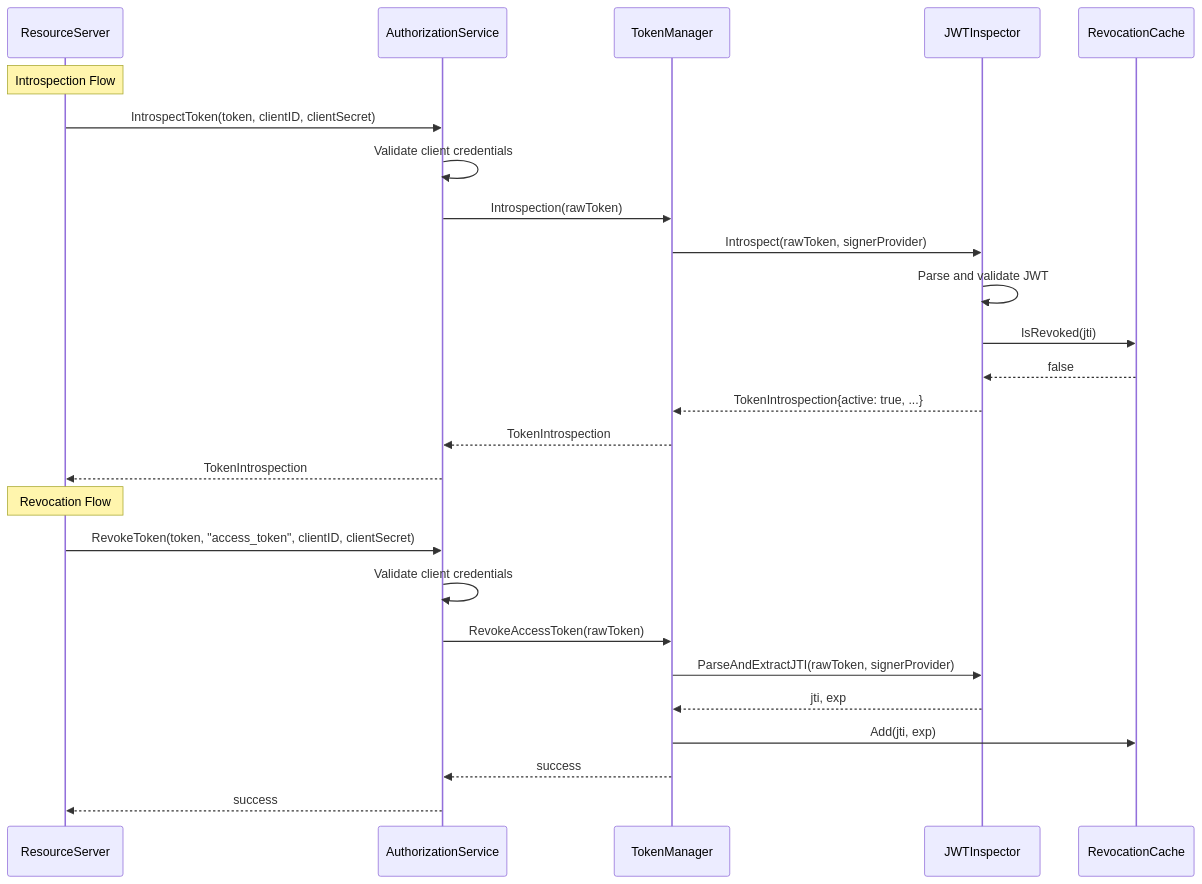
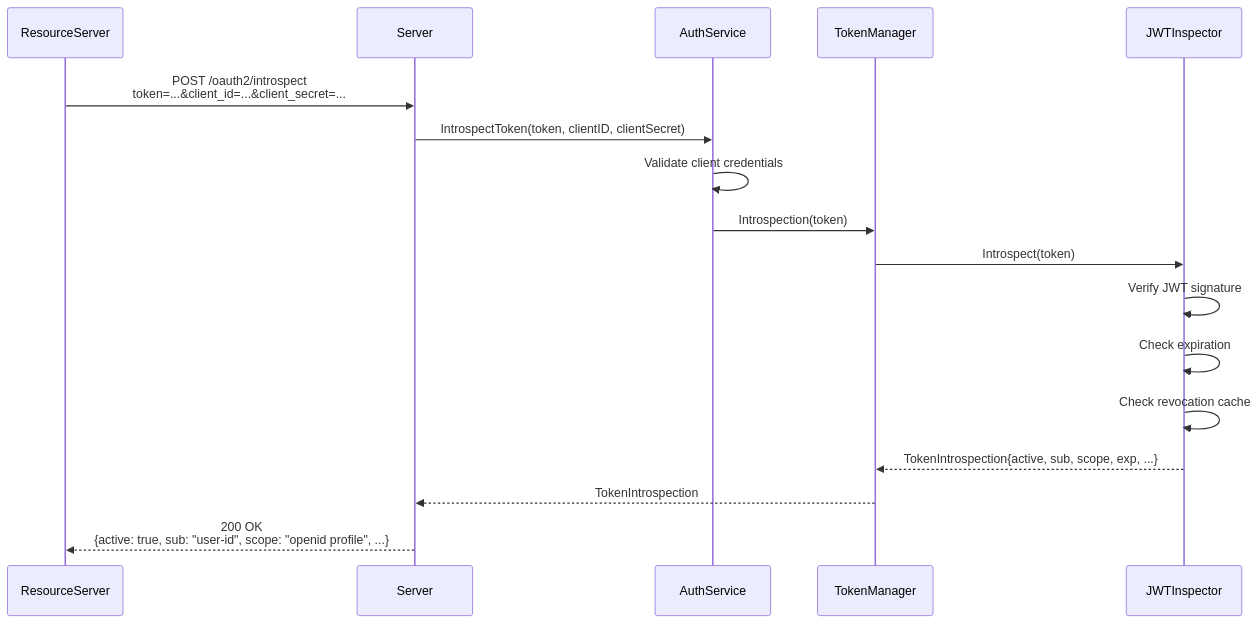
Before and after one commit to jrsteele09/go-oauth-service: the fifth of 5 diagrams in README.md, drawn with Mermaid. The commit also changed other lines of this file and 17 other files, not shown here.

````diff
--- a/README.md
+++ b/README.md
@@ -148,30 +155,20 @@
 ```mermaid
 sequenceDiagram
     participant ResourceServer
-    participant AuthService as AuthorizationService
-    participant TokenMgr as TokenManager
-    participant Inspector as JWTInspector
-    participant RevocationCache
-
-    Note over ResourceServer: Introspection Flow
-    ResourceServer->>AuthService: IntrospectToken(token, clientID, clientSecret)
+    participant Server
+    participant AuthService
+    participant TokenManager
+    participant JWTInspector
+    
+    ResourceServer->>Server: POST /oauth2/introspect<br/>token=...&client_id=...&client_secret=...
+    Server->>AuthService: IntrospectToken(token, clientID, clientSecret)
     AuthService->>AuthService: Validate client credentials
-    AuthService->>TokenMgr: Introspection(rawToken)
-    TokenMgr->>Inspector: Introspect(rawToken, signerProvider)
-    Inspector->>Inspector: Parse and validate JWT
-    Inspector->>RevocationCache: IsRevoked(jti)
-    RevocationCache-->>Inspector: false
-    Inspector-->>TokenMgr: TokenIntrospection{active: true, ...}
-    TokenMgr-->>AuthService: TokenIntrospection
-    AuthService-->>ResourceServer: TokenIntrospection
-
-    Note over ResourceServer: Revocation Flow
-    ResourceServer->>AuthService: RevokeToken(token, "access_token", clientID, clientSecret)
-    AuthService->>AuthService: Validate client credentials
-    AuthService->>TokenMgr: RevokeAccessToken(rawToken)
-    TokenMgr->>Inspector: ParseAndExtractJTI(rawToken, signerProvider)
-    Inspector-->>TokenMgr: jti, exp
-    TokenMgr->>RevocationCache: Add(jti, exp)
-    TokenMgr-->>AuthService: success
-    AuthService-->>ResourceServer: success
+    AuthService->>TokenManager: Introspection(token)
+    TokenManager->>JWTInspector: Introspect(token)
+    JWTInspector->>JWTInspector: Verify JWT signature
+    JWTInspector->>JWTInspector: Check expiration
+    JWTInspector->>JWTInspector: Check revocation cache
+    JWTInspector-->>TokenManager: TokenIntrospection{active, sub, scope, exp, ...}
+    TokenManager-->>Server: TokenIntrospection
+    Server-->>ResourceServer: 200 OK<br/>{active: true, sub: "user-id", scope: "openid profile", ...}
 ```
````
